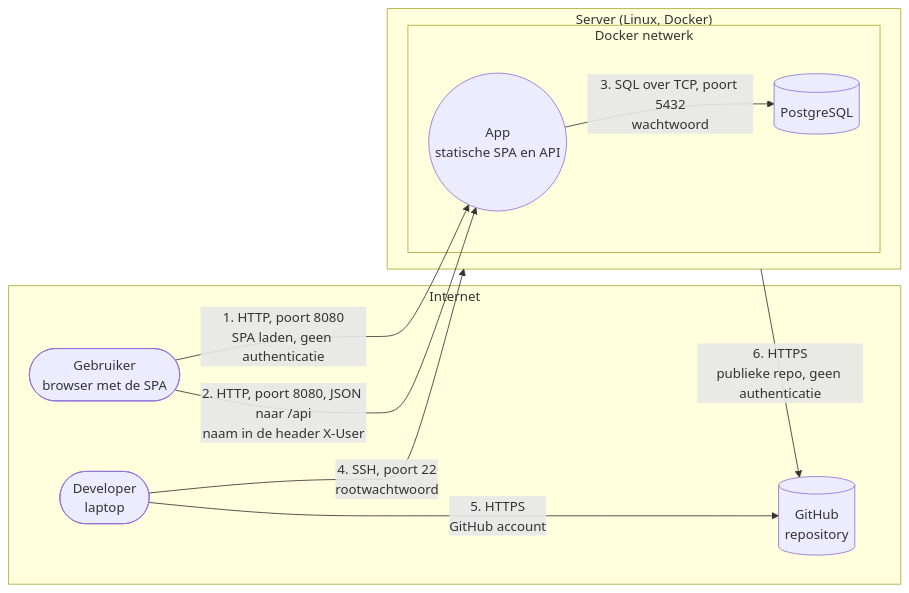
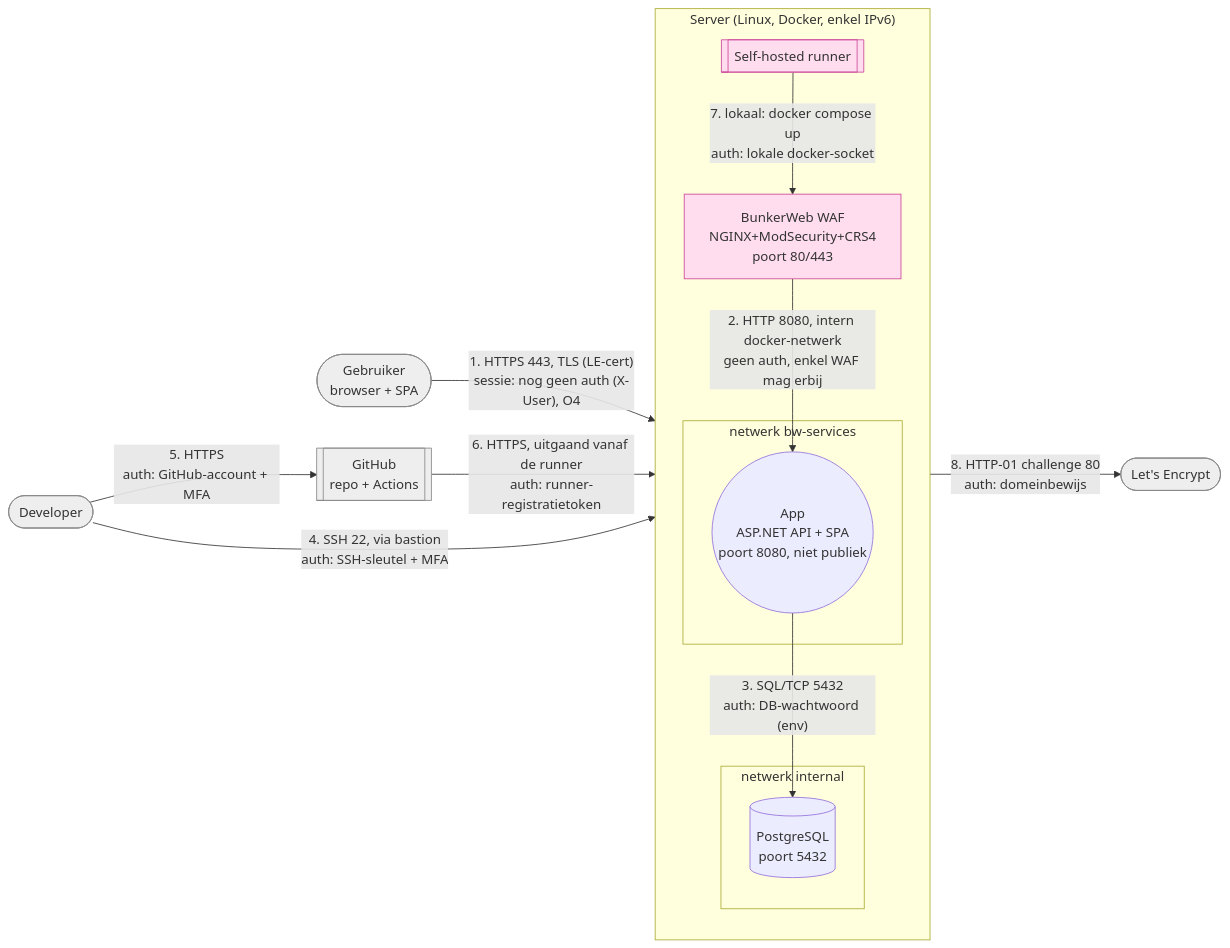
One commit to RieamAH/websec-unbreakable-g02 changed the diagram in docs/threat-model.md. Above: the diagram before and after it, drawn with Mermaid. The commit also changed other lines of this file and 11 other files, not shown here.

````diff
--- a/docs/threat-model.md
+++ b/docs/threat-model.md
@@ -7,20 +14,31 @@
 ```mermaid
 flowchart LR
-  subgraph Internet
-    U([Gebruiker<br/>browser met de SPA])
-    D([Developer<br/>laptop])
-    GH[(GitHub<br/>repository)]
+  U([Gebruiker<br/>browser + SPA]):::ext
+  D([Developer]):::ext
+  GH[[GitHub<br/>repo + Actions]]:::ext
+  LE([Let's Encrypt]):::ext
+
+  subgraph Server["Server (Linux, Docker, enkel IPv6)"]
+    direction TB
+    WAF[BunkerWeb WAF<br/>NGINX+ModSecurity+CRS4<br/>poort 80/443]:::waf
+    subgraph bwnet["netwerk bw-services"]
+      A((App<br/>ASP.NET API + SPA<br/>poort 8080, niet publiek))
+    end
+    subgraph intnet["netwerk internal"]
+      DB[(PostgreSQL<br/>poort 5432)]
+    end
+    R[[Self-hosted runner]]:::waf
   end
-  subgraph Server["Server (Linux, Docker)"]
-    subgraph Docker["Docker netwerk"]
-      A((App<br/>statische SPA en API))
-      DB[(PostgreSQL)]
-    end
-  end
-  U -- "1. HTTP, poort 8080<br/>SPA laden, geen authenticatie" --> A
-  U -- "2. HTTP, poort 8080, JSON naar /api<br/>naam in de header X-User" --> A
-  A -- "3. SQL over TCP, poort 5432<br/>wachtwoord" --> DB
-  D -- "4. SSH, poort 22<br/>rootwachtwoord" --> Server
-  D -- "5. HTTPS<br/>GitHub account" --> GH
-  Server -- "6. HTTPS<br/>publieke repo, geen authenticatie" --> GH
+
+  U -- "1. HTTPS 443, TLS (LE-cert)<br/>sessie: nog geen auth (X-User), O4" --> WAF
+  WAF -- "2. HTTP 8080, intern docker-netwerk<br/>geen auth, enkel WAF mag erbij" --> A
+  A -- "3. SQL/TCP 5432<br/>auth: DB-wachtwoord (env)" --> DB
+  D -- "4. SSH 22, via bastion<br/>auth: SSH-sleutel + MFA" --> Server
+  D -- "5. HTTPS<br/>auth: GitHub-account + MFA" --> GH
+  GH -- "6. HTTPS, uitgaand vanaf de runner<br/>auth: runner-registratietoken" --> R
+  R -- "7. lokaal: docker compose up<br/>auth: lokale docker-socket" --> WAF
+  WAF -- "8. HTTP-01 challenge 80<br/>auth: domeinbewijs" --> LE
+
+  classDef ext fill:#eee,stroke:#888;
+  classDef waf fill:#fde,stroke:#c49;
 ```
````
